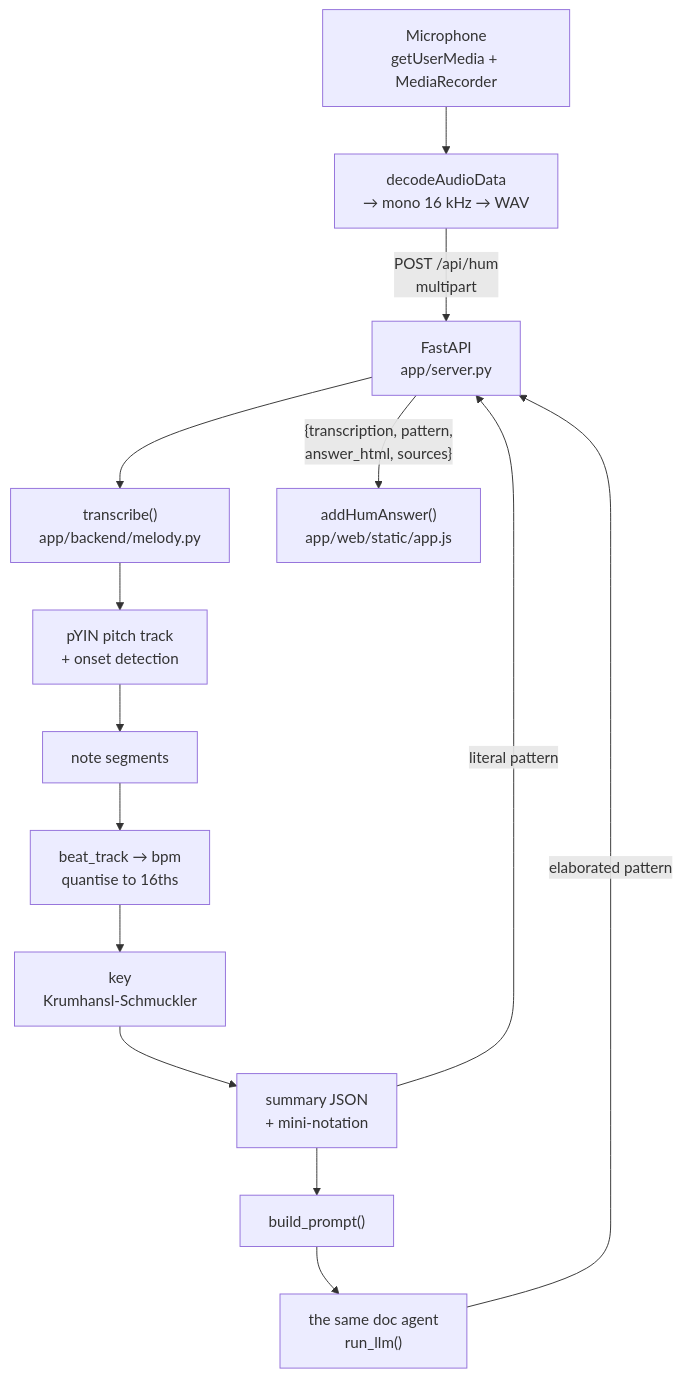
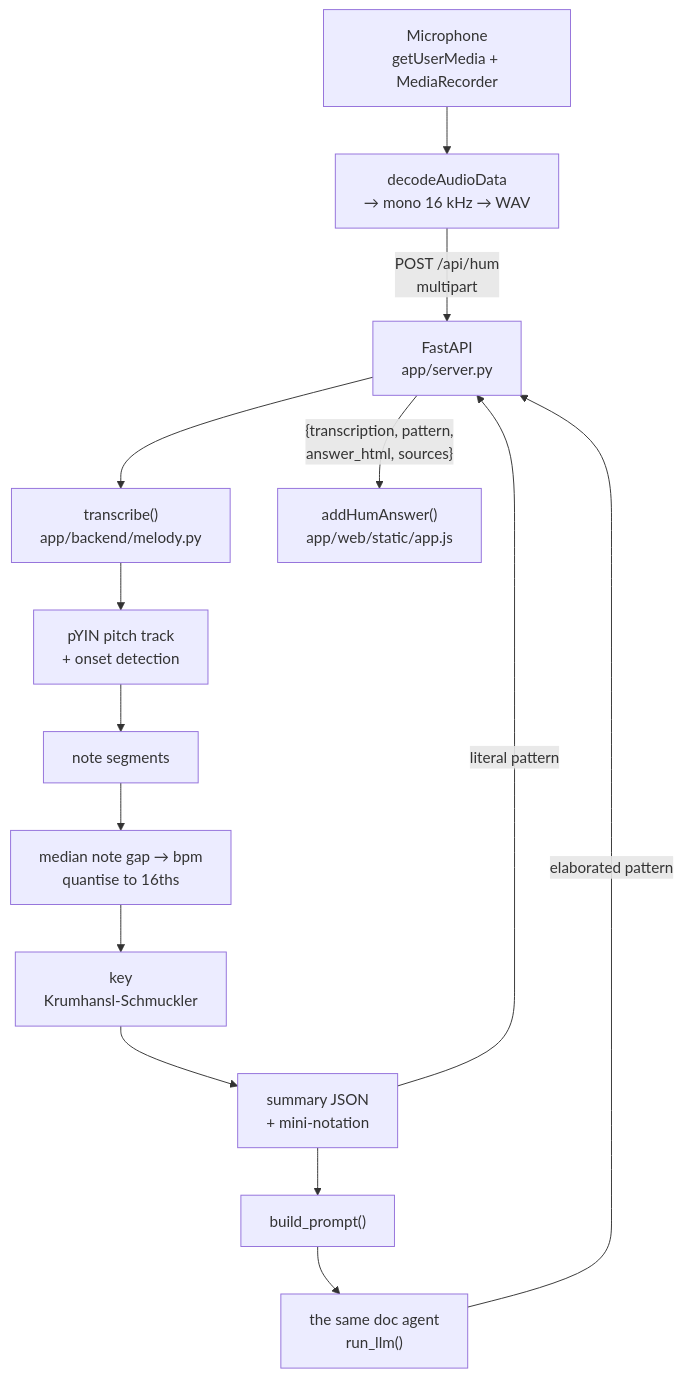
The diagram in docs/humming.md (zulle09/Strudel-AI-Assistant), drawn with Mermaid before and after one commit. The commit also changed other lines of this file and 4 other files, not shown here.

First line of the commit message:
fix(melody): correct the tempo numbers and log the beat_track fallback

````diff
--- a/docs/humming.md
+++ b/docs/humming.md
@@ -10,16 +10,16 @@
 ```mermaid
 flowchart TD
     M["Microphone<br/>getUserMedia + MediaRecorder"] --> D["decodeAudioData<br/>→ mono 16 kHz → WAV"]
     D -->|"POST /api/hum<br/>multipart"| S["FastAPI<br/>app/server.py"]
     S --> T["transcribe()<br/>app/backend/melody.py"]
     T --> P["pYIN pitch track<br/>+ onset detection"]
     P --> N["note segments"]
-    N --> Q["beat_track → bpm<br/>quantise to 16ths"]
+    N --> Q["median note gap → bpm<br/>quantise to 16ths"]
     Q --> K["key<br/>Krumhansl-Schmuckler"]
     K --> J["summary JSON<br/>+ mini-notation"]
     J --> L["build_prompt()"]
     L --> A["the same doc agent<br/>run_llm()"]
     A -->|"elaborated pattern"| S
     J -->|"literal pattern"| S
     S -->|"{transcription, pattern,<br/>answer_html, sources}"| B["addHumAnswer()<br/>app/web/static/app.js"]
 ```
````
